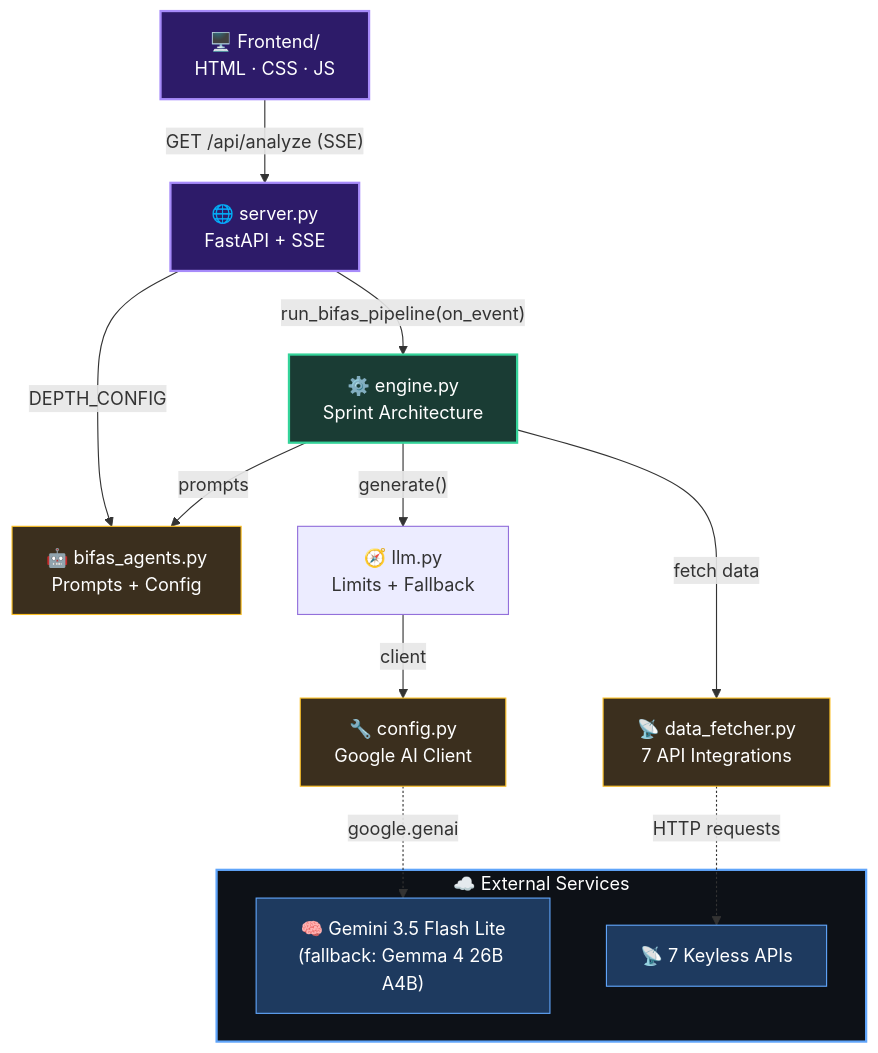
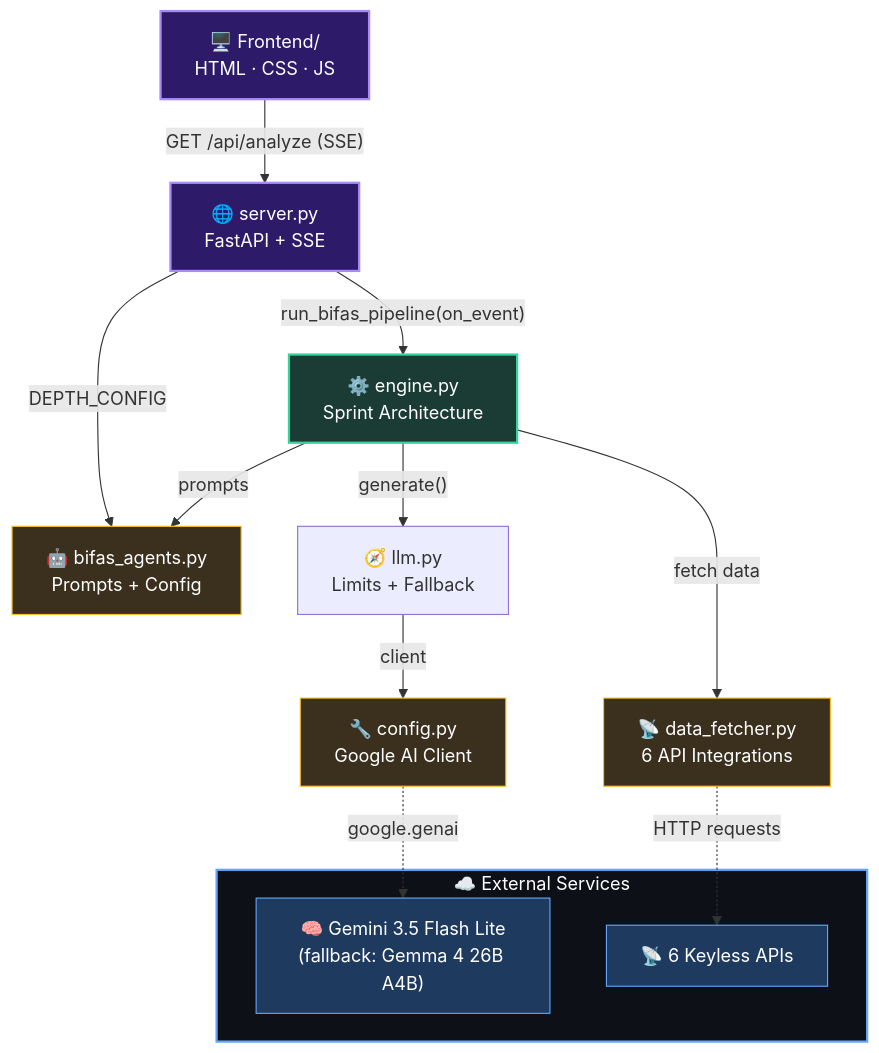
One commit to p04pranav/BIFAS changed the third of 3 diagrams in README.md. Above: the diagram before and after it, drawn with Mermaid. The commit also changed other lines of this file, not shown here.

First line of the commit message:
docs: correct data source count and v5.0 test model in README

````diff
--- a/README.md
+++ b/README.md
@@ -177,35 +177,35 @@
 ```mermaid
 graph TD
     UI["🖥️ Frontend/<br/>HTML · CSS · JS"]
     APP["🌐 server.py<br/>FastAPI + SSE"]
     ENG["⚙️ engine.py<br/>Sprint Architecture"]
     AGT["🤖 bifas_agents.py<br/>Prompts + Config"]
-    DAT["📡 data_fetcher.py<br/>7 API Integrations"]
+    DAT["📡 data_fetcher.py<br/>6 API Integrations"]
     CFG["🔧 config.py<br/>Google AI Client"]
 
     UI -->|"GET /api/analyze (SSE)"| APP
     APP -->|"run_bifas_pipeline(on_event)"| ENG
     APP -->|"DEPTH_CONFIG"| AGT
     ENG -->|"prompts"| AGT
     ENG -->|"fetch data"| DAT
     ENG -->|"generate()"| LLM["🧭 llm.py<br/>Limits + Fallback"]
     LLM -->|"client"| CFG
 
     subgraph External["☁️ External Services"]
         GEMMA["🧠 Gemini 3.5 Flash Lite<br/>(fallback: Gemma 4 26B A4B)"]
-        APIS["📡 7 Keyless APIs"]
+        APIS["📡 6 Keyless APIs"]
     end
 
     CFG -.->|"google.genai"| GEMMA
     DAT -.->|"HTTP requests"| APIS
 
     style UI fill:#2d1b69,stroke:#a78bfa,stroke-width:2px,color:#fff
     style APP fill:#2d1b69,stroke:#a78bfa,stroke-width:2px,color:#fff
     style ENG fill:#1a3c34,stroke:#34d399,stroke-width:2px,color:#fff
     style AGT fill:#3b2f1e,stroke:#fbbf24,stroke-width:1px,color:#fff
     style DAT fill:#3b2f1e,stroke:#fbbf24,stroke-width:1px,color:#fff
     style CFG fill:#3b2f1e,stroke:#fbbf24,stroke-width:1px,color:#fff
     style External fill:#0d1117,stroke:#60a5fa,stroke-width:2px,color:#fff
     style GEMMA fill:#1e3a5f,stroke:#60a5fa,stroke-width:1px,color:#fff
     style APIS fill:#1e3a5f,stroke:#60a5fa,stroke-width:1px,color:#fff
 ```
````
